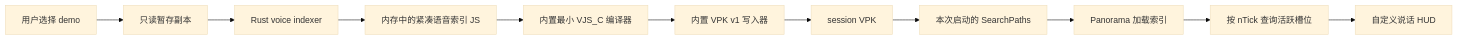
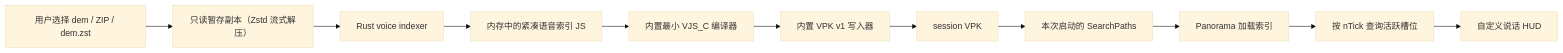
One commit to nicedayzhu/SwiftDemoUIPro changed the second of 2 diagrams in docs/CS2_DEMO_VOICE_SPEAKING_ICON_ANALYSIS_CN.md. Above: the diagram before and after it, drawn with Mermaid (base theme). The commit also changed other lines of this file and 20 other files, not shown here.

````diff
--- a/docs/CS2_DEMO_VOICE_SPEAKING_ICON_ANALYSIS_CN.md
+++ b/docs/CS2_DEMO_VOICE_SPEAKING_ICON_ANALYSIS_CN.md
@@ -115,13 +115,13 @@
 ```mermaid
 flowchart LR
-    A["用户选择 demo"] --> B["只读暂存副本"]
+    A["用户选择 dem / ZIP / dem.zst"] --> B["只读暂存副本（Zstd 流式解压）"]
     B --> C["Rust voice indexer"]
     C --> D["内存中的紧凑语音索引 JS"]
     D --> E["内置最小 VJS_C 编译器"]
     E --> F["内置 VPK v1 写入器"]
     F --> G["session VPK"]
     G --> H["本次启动的 SearchPaths"]
     H --> I["Panorama 加载索引"]
     I --> J["按 nTick 查询活跃槽位"]
     J --> K["自定义说话 HUD"]
 ```
````
